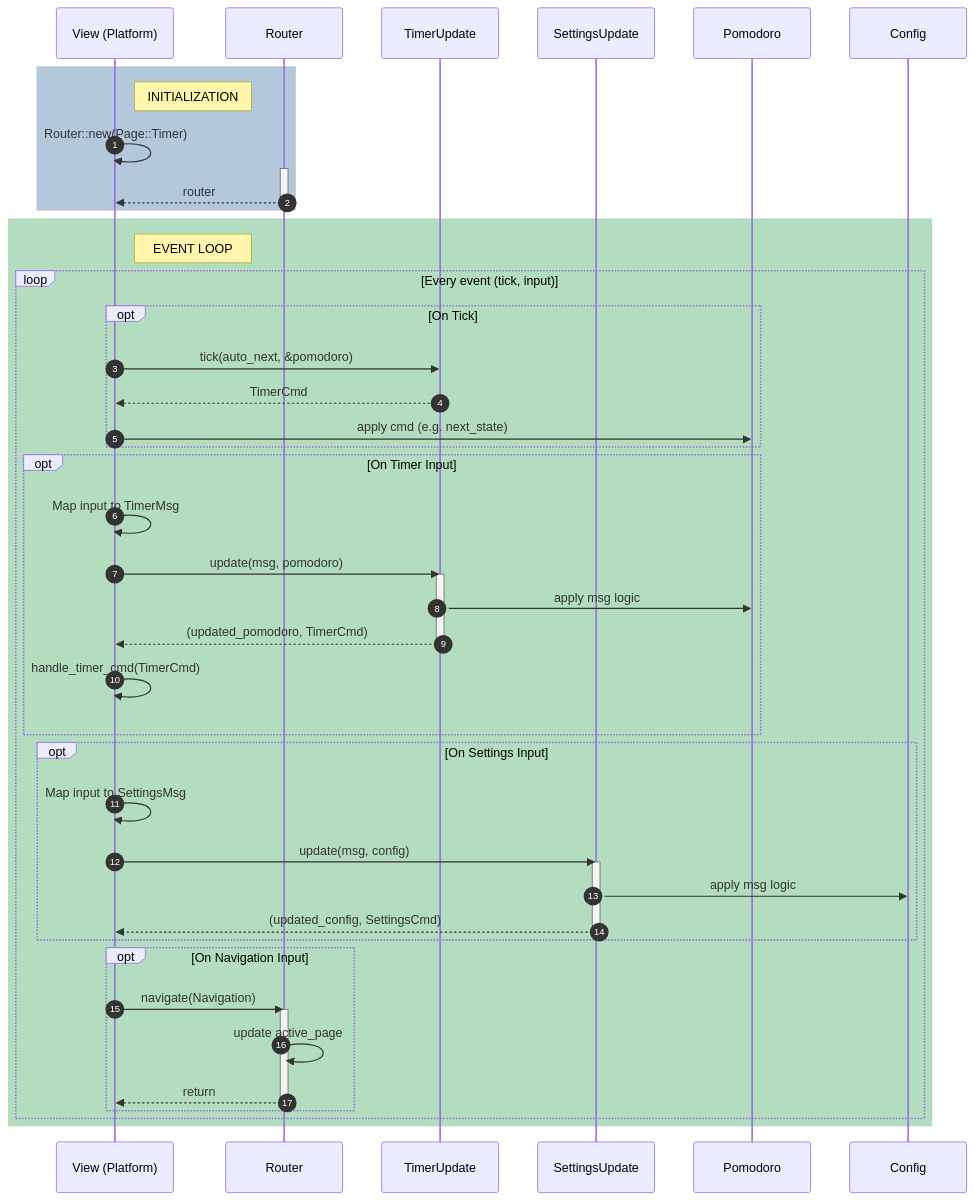
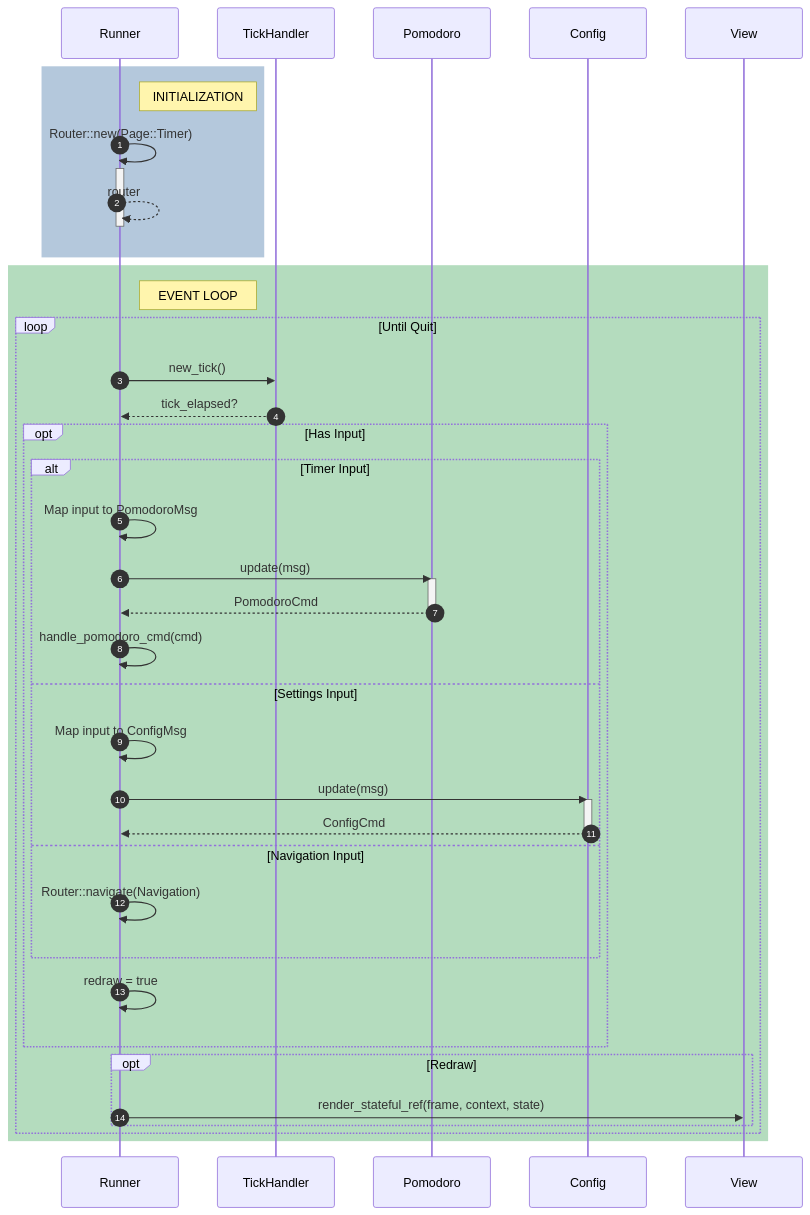
Before and after one commit to FAZuH/tomo: the diagram in docs/diagrams/ui-base-lifecycle.mmd, drawn with Mermaid. The commit also changed 7 other files, not shown here.

```diff
--- a/docs/diagrams/ui-base-lifecycle.mmd
+++ b/docs/diagrams/ui-base-lifecycle.mmd
@@ -1,51 +1,47 @@
 sequenceDiagram
     autonumber
-    participant V as View (Platform)
-    participant R as Router
-    participant TU as TimerUpdate
-    participant SU as SettingsUpdate
+    participant R as Runner
+    participant TH as TickHandler
     participant P as Pomodoro
     participant C as Config
+    participant V as View
 
     rect rgb(180, 200, 220)
-        note right of V: INITIALIZATION
-        V->>V: Router::new(Page::Timer)
+        note right of R: INITIALIZATION
+        R->>R: Router::new(Page::Timer)
         activate R
-        R-->>V: router
+        R-->>R: router
         deactivate R
     end
 
     rect rgb(180, 220, 190)
-        note right of V: EVENT LOOP
-        loop Every event (tick, input)
-            opt On Tick
-                V->>TU: tick(auto_next, &pomodoro)
-                TU-->>V: TimerCmd
-                V->>P: apply cmd (e.g. next_state)
+        note right of R: EVENT LOOP
+        loop Until Quit
+            R->>TH: new_tick()
+            TH-->>R: tick_elapsed?
+
+            opt Has Input
+                alt Timer Input
+                    R->>R: Map input to PomodoroMsg
+                    R->>P: update(msg)
+                    activate P
+                    P-->>R: PomodoroCmd
+                    deactivate P
+                    R->>R: handle_pomodoro_cmd(cmd)
+                else Settings Input
+                    R->>R: Map input to ConfigMsg
+                    R->>C: update(msg)
+                    activate C
+                    C-->>R: ConfigCmd
+                    deactivate C
+                else Navigation Input
+                    R->>R: Router::navigate(Navigation)
+                end
+                R->>R: redraw = true
             end
-            opt On Timer Input
-                V->>V: Map input to TimerMsg
-                V->>TU: update(msg, pomodoro)
-                activate TU
-                TU->>P: apply msg logic
-                TU-->>V: (updated_pomodoro, TimerCmd)
-                deactivate TU
-                V->>V: handle_timer_cmd(TimerCmd)
-            end
-            opt On Settings Input
-                V->>V: Map input to SettingsMsg
-                V->>SU: update(msg, config)
-                activate SU
-                SU->>C: apply msg logic
-                SU-->>V: (updated_config, SettingsCmd)
-                deactivate SU
-            end
-            opt On Navigation Input
-                V->>R: navigate(Navigation)
-                activate R
-                R->>R: update active_page
-                R-->>V: return
-                deactivate R
+
+            opt Redraw
+                R->>V: render_stateful_ref(frame, context, state)
             end
         end
     end
```
